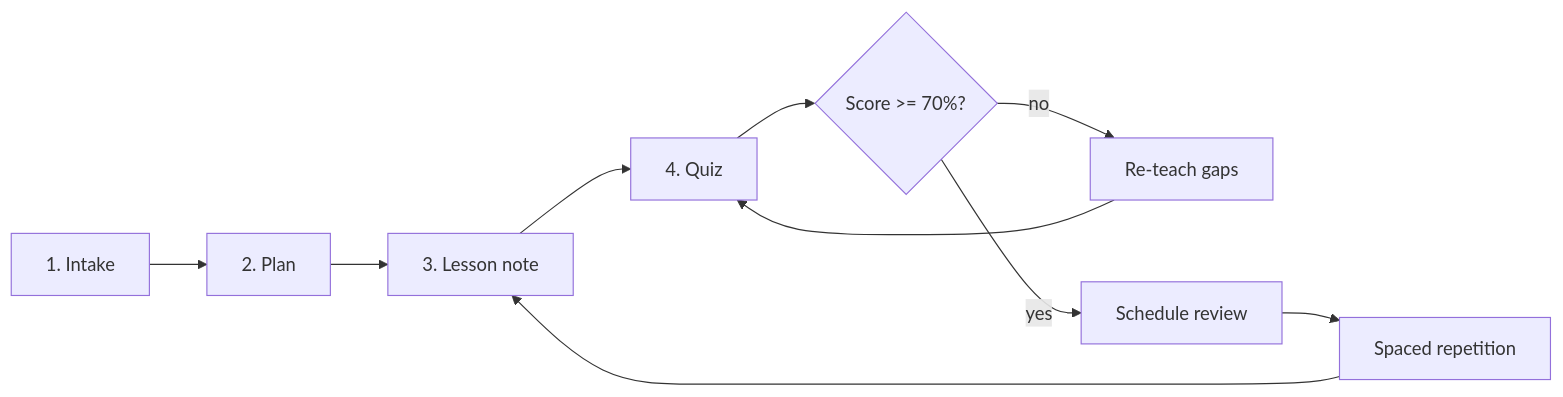
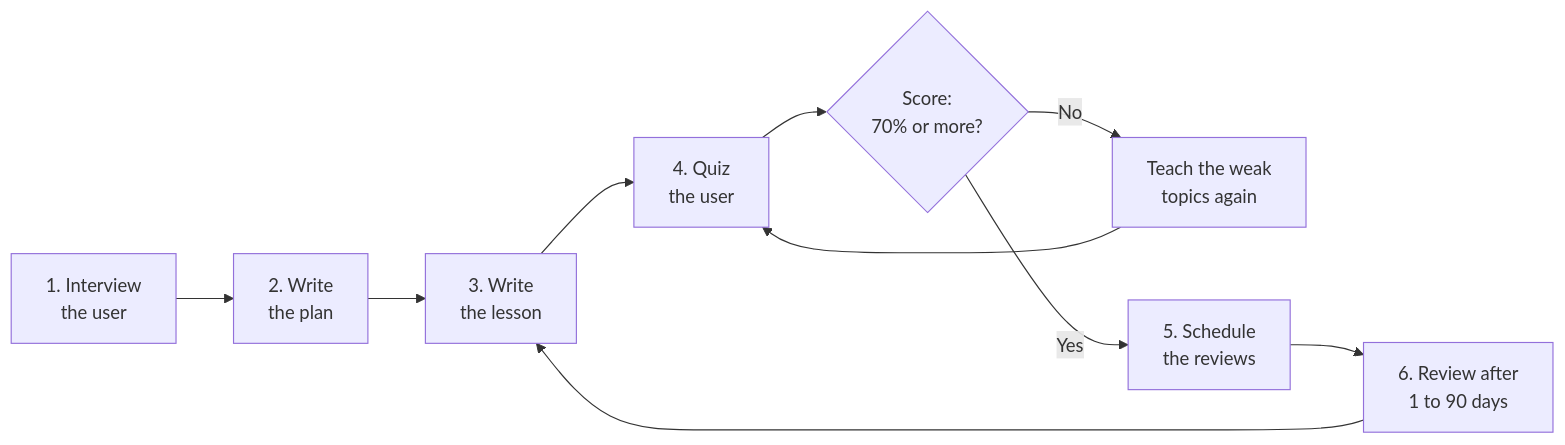
Before and after one commit to Mohamed-El-Sharqawy/agent-tutor: the diagram in README.md, drawn with Mermaid. The commit also changed other lines of this file, not shown here.

Commit message:
README: rewrite loop diagram in plain English
- verb-first labels instead of compressed nouns (Interview, Write, Quiz)
- 'Score >= 70%?' -> 'Score: 70% or more?' (words, not symbols)
- 'Re-teach gaps' -> 'Teach the weak topics again' (literal, no metaphor)
- 'Spaced repetition' node -> 'Review after 1 to 90 days' (what happens)
- added a one-line figure caption for readers who skim

````diff
--- a/README.md
+++ b/README.md
@@ -17,12 +17,12 @@
 ```mermaid
 flowchart LR
-    A["1. Intake"] --> B["2. Plan"]
-    B --> C["3. Lesson note"]
-    C --> D["4. Quiz"]
-    D --> E{"Score >= 70%?"}
-    E -- "no" --> F["Re-teach gaps"]
+    A["1. Interview<br/>the user"] --> B["2. Write<br/>the plan"]
+    B --> C["3. Write<br/>the lesson"]
+    C --> D["4. Quiz<br/>the user"]
+    D --> E{"Score:<br/>70% or more?"}
+    E -- "No" --> F["Teach the weak<br/>topics again"]
     F --> D
-    E -- "yes" --> G["Schedule review"]
-    G --> H["Spaced repetition"]
+    E -- "Yes" --> G["5. Schedule<br/>the reviews"]
+    G --> H["6. Review after<br/>1 to 90 days"]
     H --> C
 ```
````
